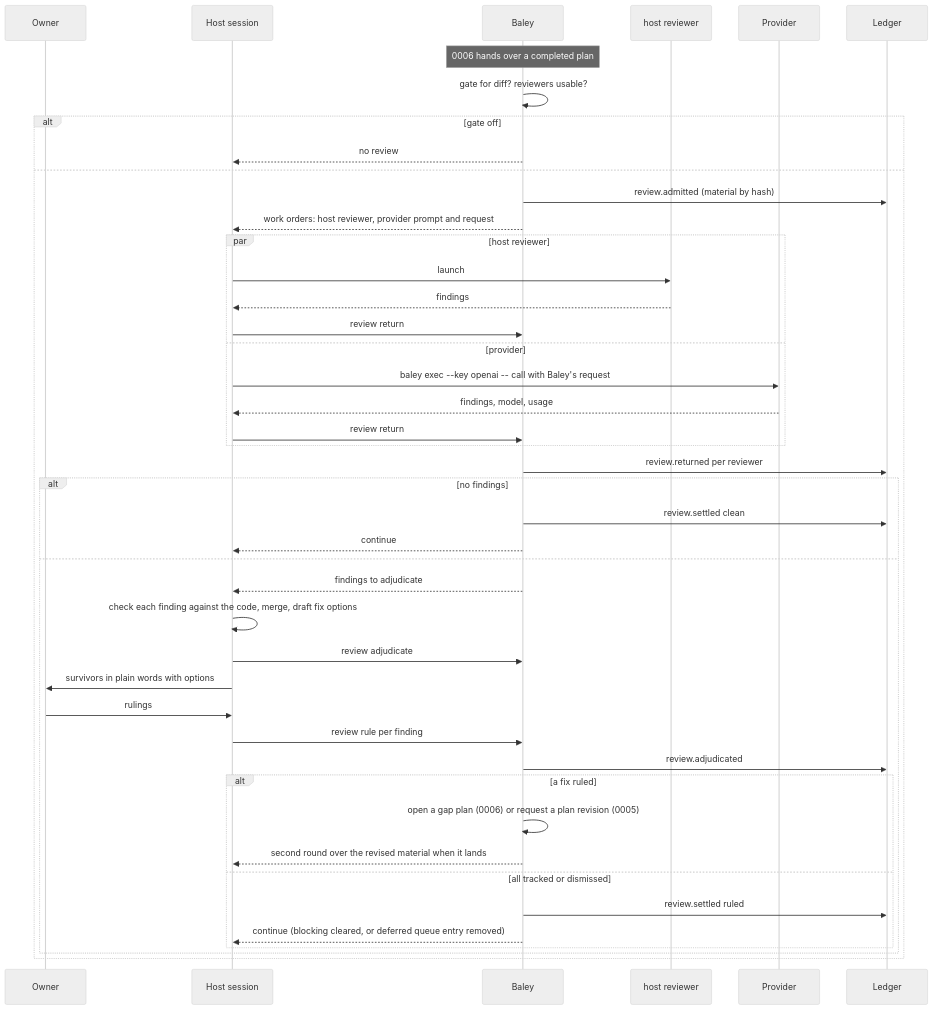
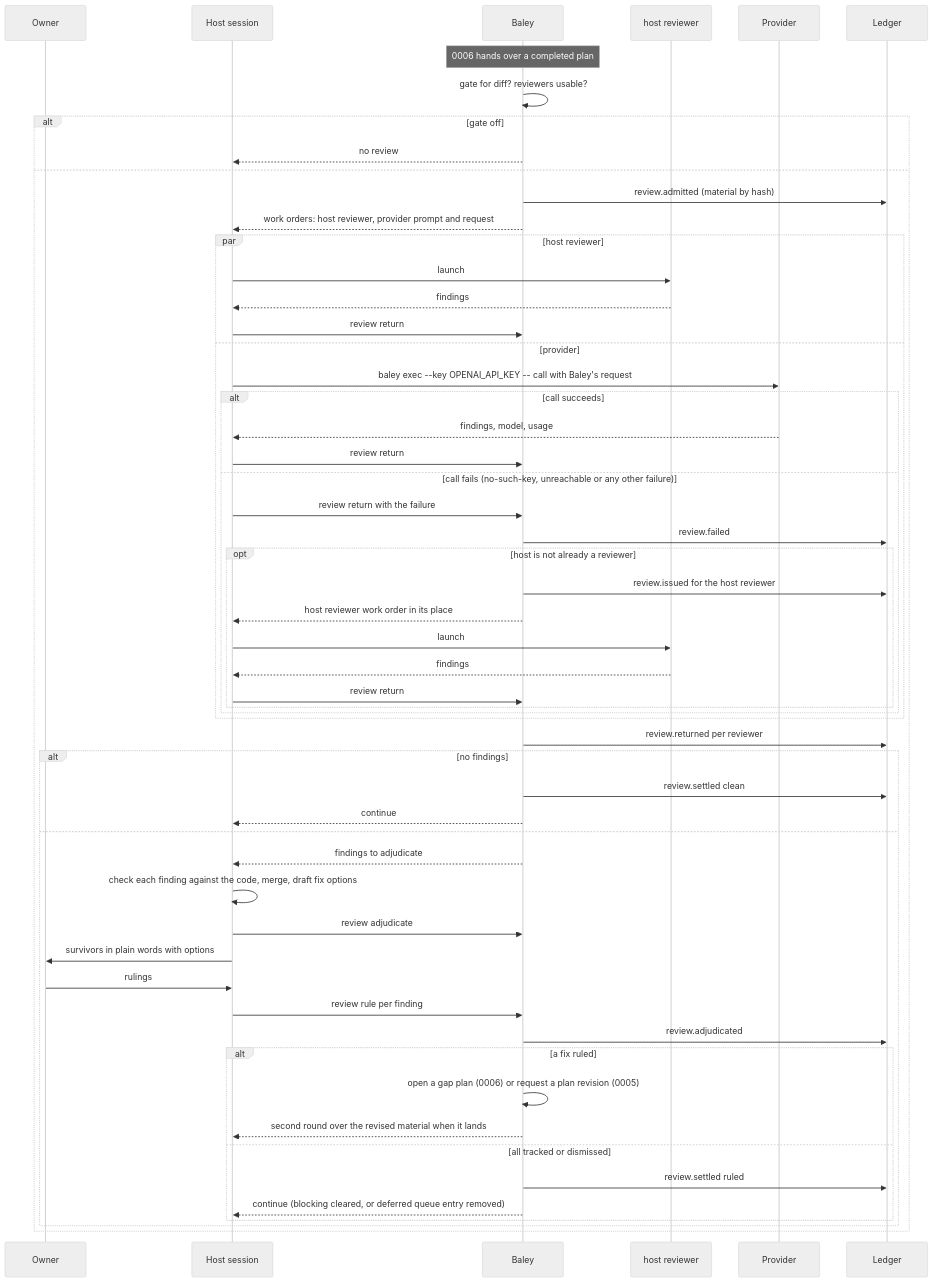
One commit to crenshawdev/baley changed the third of 4 diagrams in docs/design/0008-review.md. Above: the diagram before and after it, drawn with Mermaid (neutral theme). The commit also changed other lines of this file and 18 other files, not shown here.

````diff
--- a/docs/design/0008-review.md
+++ b/docs/design/0008-review.md
@@ -237,46 +238,58 @@
 ```mermaid
 sequenceDiagram
   participant O as Owner
   participant H as Host session
   participant B as Baley
   participant R as host reviewer
   participant P as Provider
   participant L as Ledger
   Note over B: 0006 hands over a completed plan
   B->>B: gate for diff? reviewers usable?
   alt gate off
     B-->>H: no review
   else
     B->>L: review.admitted (material by hash)
     B-->>H: work orders: host reviewer, provider prompt and request
     par host reviewer
       H->>R: launch
       R-->>H: findings
       H->>B: review return
     and provider
-      H->>P: baley exec --key openai -- call with Baley's request
-      P-->>H: findings, model, usage
-      H->>B: review return
+      H->>P: baley exec --key OPENAI_API_KEY -- call with Baley's request
+      alt call succeeds
+        P-->>H: findings, model, usage
+        H->>B: review return
+      else call fails (no-such-key, unreachable or any other failure)
+        H->>B: review return with the failure
+        B->>L: review.failed
+        opt host is not already a reviewer
+          B->>L: review.issued for the host reviewer
+          B-->>H: host reviewer work order in its place
+          H->>R: launch
+          R-->>H: findings
+          H->>B: review return
+        end
+      end
     end
     B->>L: review.returned per reviewer
     alt no findings
       B->>L: review.settled clean
       B-->>H: continue
     else
       B-->>H: findings to adjudicate
       H->>H: check each finding against the code, merge, draft fix options
       H->>B: review adjudicate
       H->>O: survivors in plain words with options
       O->>H: rulings
       H->>B: review rule per finding
       B->>L: review.adjudicated
       alt a fix ruled
         B->>B: open a gap plan (0006) or request a plan revision (0005)
         B-->>H: second round over the revised material when it lands
       else all tracked or dismissed
         B->>L: review.settled ruled
         B-->>H: continue (blocking cleared, or deferred queue entry removed)
       end
     end
   end
 ```
````
